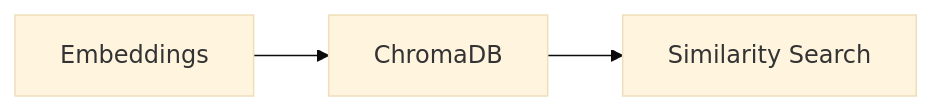
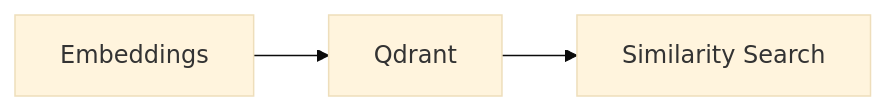
Before and after one commit to madushanl/madushanl.github.io: the ninth of 15 diagrams in _posts/2026-03-25-building-a-rag-chatbot-how-to-choose-each-component-and-why.markdown, drawn with Mermaid (base theme). The commit also changed other lines of this file, not shown here.

Commit message:
Refine RAG chatbot article to reflect updated architecture and component choices, emphasizing a cloud-first design. Adjusted terminology for clarity and improved the ingestion and query-time answering sections.

````diff
--- a/_posts/2026-03-25-building-a-rag-chatbot-how-to-choose-each-component-and-why.markdown
+++ b/_posts/2026-03-25-building-a-rag-chatbot-how-to-choose-each-component-and-why.markdown
@@ -280,5 +274,5 @@
 ```mermaid
 flowchart LR
-    A[Embeddings] --> B[ChromaDB]
+    A[Embeddings] --> B[Qdrant]
     B --> C[Similarity Search]
 ```
````
